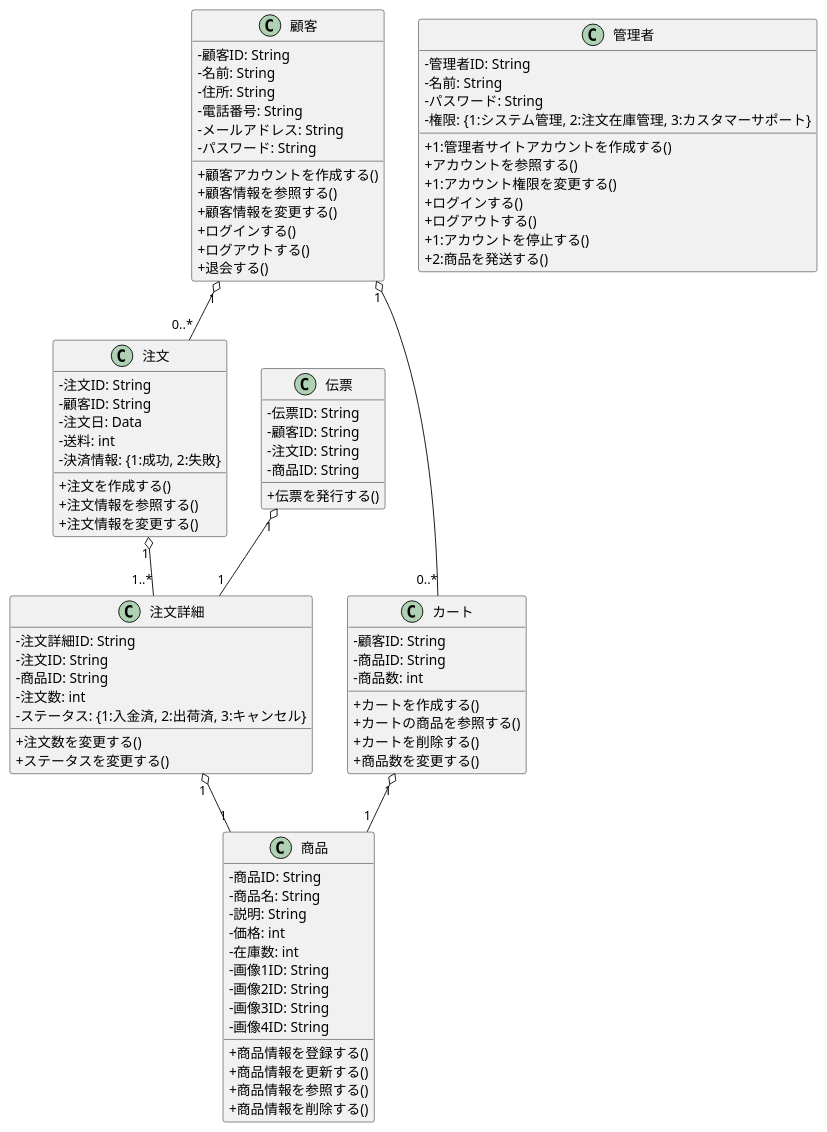
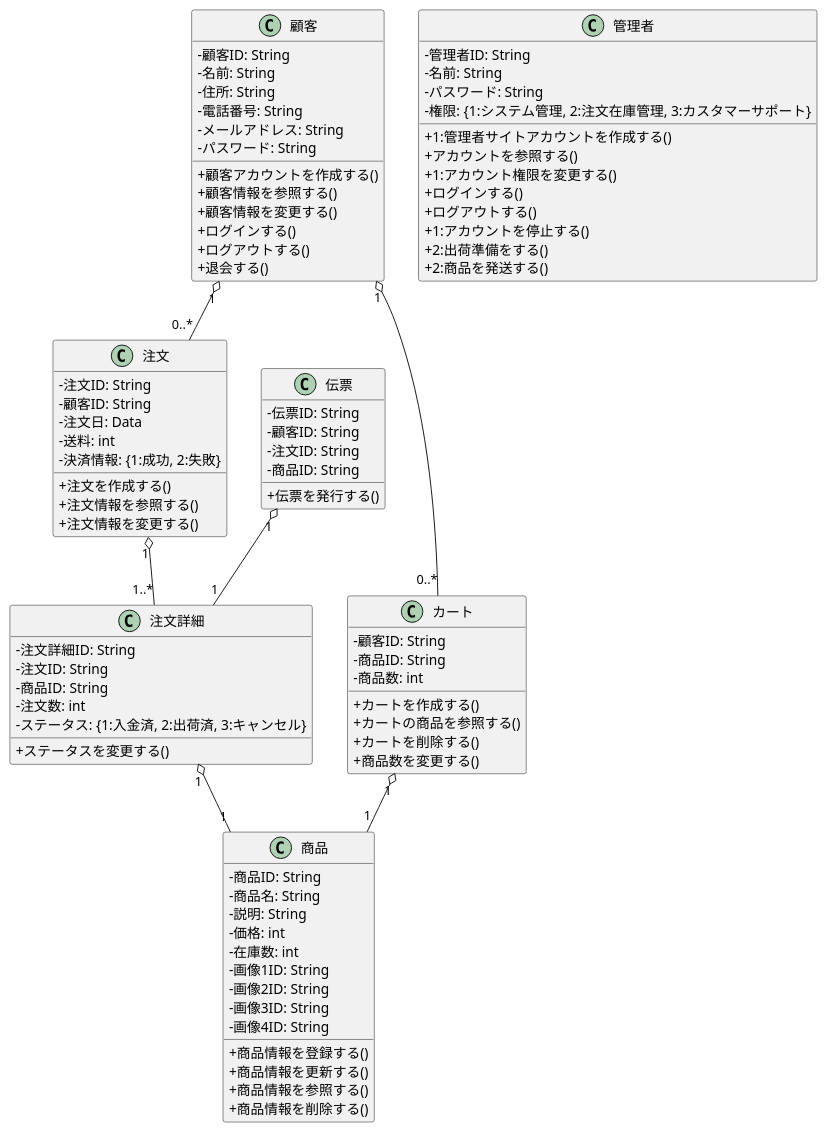
Before and after one commit to FujikawaHirono0520/group3_1_dogdog: the diagram in BB/class.pu, drawn with PlantUML.

Commit message:
【変更】注文数変更メソッドの削除、発送メソッドの分割

```diff
--- a/BB/class.pu
+++ b/BB/class.pu
@@ -1,108 +1,108 @@
 @startuml .
 skinparam classAttributeIconSize 0
 
 class 顧客{
     - 顧客ID: String
     - 名前: String
     - 住所: String
     - 電話番号: String
     - メールアドレス: String
     - パスワード: String
 
     + 顧客アカウントを作成する()
     + 顧客情報を参照する()
     + 顧客情報を変更する()
     + ログインする()
     + ログアウトする()
     + 退会する()
 }
 
 class 管理者 {
     - 管理者ID: String
     - 名前: String
     - パスワード: String
     - 権限: {1:システム管理, 2:注文在庫管理, 3:カスタマーサポート}
 
     + 1:管理者サイトアカウントを作成する()
     + アカウントを参照する()
     + 1:アカウント権限を変更する()
     + ログインする()
     + ログアウトする()
     + 1:アカウントを停止する()
+    + 2:出荷準備をする()
     + 2:商品を発送する()
 }
 
 class 注文 {
     - 注文ID: String
     - 顧客ID: String
     - 注文日: Data
     - 送料: int
     - 決済情報: {1:成功, 2:失敗}
 
     + 注文を作成する()
     + 注文情報を参照する()
     + 注文情報を変更する()
 }
 
 class 注文詳細 {
     - 注文詳細ID: String
     - 注文ID: String
     - 商品ID: String
     - 注文数: int
     - ステータス: {1:入金済, 2:出荷済, 3:キャンセル}
 
-    + 注文数を変更する()
     + ステータスを変更する()
 }
 
 class 伝票 {
     - 伝票ID: String
     - 顧客ID: String
     - 注文ID: String
     - 商品ID: String
 
     + 伝票を発行する()
 }
 
 class カート {
     - 顧客ID: String
     - 商品ID: String
     - 商品数: int
 
     + カートを作成する()
     + カートの商品を参照する()
     + カートを削除する()
     + 商品数を変更する()
 }
 
 class 商品 {
     - 商品ID: String
     - 商品名: String
     - 説明: String
     - 価格: int
     - 在庫数: int
     - 画像1ID: String
     - 画像2ID: String
     - 画像3ID: String
     - 画像4ID: String
 
     + 商品情報を登録する()
     + 商品情報を更新する()
     + 商品情報を参照する()
     + 商品情報を削除する()
 }
 
 
 顧客 "1" o-- "0..*" カート
 
 カート "1" o-- "1" 商品
 
 顧客 "1" o-- "0..*" 注文
 
 注文 "1" o-- "1..*" 注文詳細
 
 注文詳細 "1" o-- "1" 商品
 
 伝票 "1" o-- "1" 注文詳細
 
 @enduml
```
